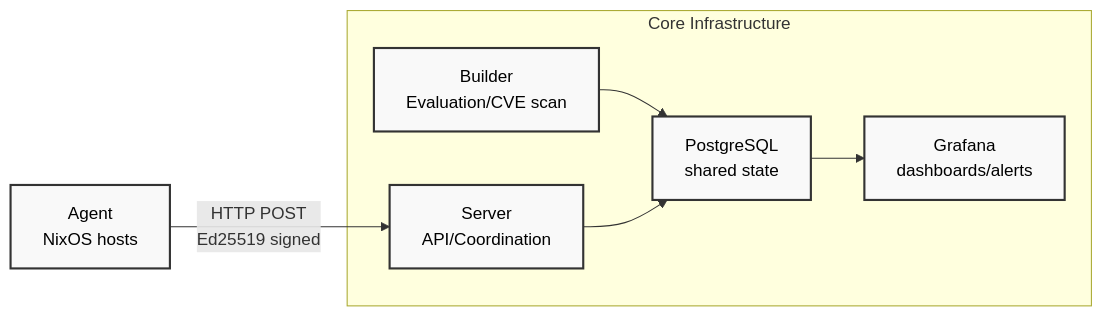
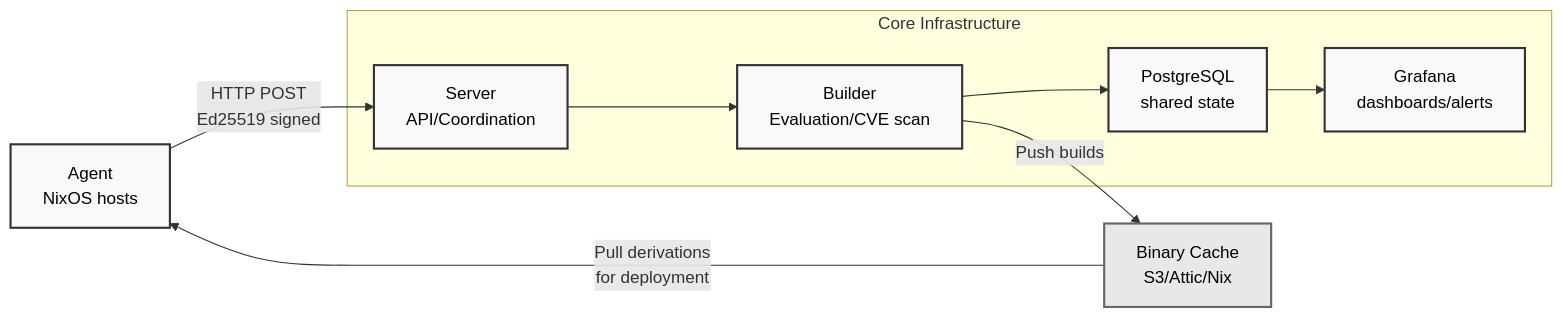
One commit to usmcamp0811/crystal-forge changed the diagram in README.md. Above: the diagram before and after it, drawn with Mermaid. The commit also changed other lines of this file, not shown here.

````diff
--- a/README.md
+++ b/README.md
@@ -52,18 +52,23 @@
 ```mermaid
 flowchart LR
     A[Agent<br/>NixOS hosts]
+    C[Binary Cache<br/>S3/Attic/Nix]
 
     subgraph "Core Infrastructure"
         S[Server<br/>API/Coordination]
         B[Builder<br/>Evaluation/CVE scan]
         P[PostgreSQL<br/>shared state]
         G[Grafana<br/>dashboards/alerts]
     end
 
     A -->|HTTP POST<br/>Ed25519 signed| S
+    S --> B
     B --> P
-    S --> P
     P --> G
+    B -->|Push builds| C
+    C -->|Pull derivations<br/>for deployment| A
 
     classDef default fill:#f9f9f9,stroke:#333,stroke-width:2px,color:#000
+    classDef external fill:#e8e8e8,stroke:#666,stroke-width:2px,color:#000
+    class C external
 ```
````
